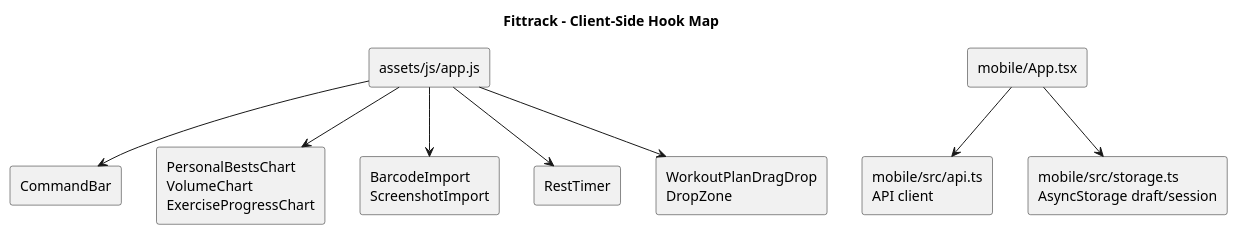
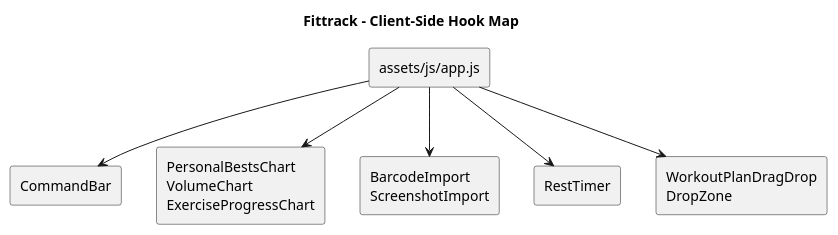
The tenth of 10 diagrams in docs/diagrams/ARCHITECTURE.puml (Ryner88/fittrack), drawn with PlantUML before and after one commit. The commit also changed other lines of this file and 39 other files, not shown here.

First line of the commit message:
Revert "Merge pull request #19 from Ryner88/mobile-api-expo-integration"

```diff
--- a/docs/diagrams/ARCHITECTURE.puml
+++ b/docs/diagrams/ARCHITECTURE.puml
@@ -887,24 +722,19 @@
 @startuml Fittrack_Client_Hooks
 title Fittrack - Client-Side Hook Map
 
 skinparam componentStyle rectangle
 skinparam shadowing false
 
 component "assets/js/app.js" as AppJS
-component "mobile/App.tsx" as MobileApp
 component "CommandBar" as CommandBar
 component "PersonalBestsChart\nVolumeChart\nExerciseProgressChart" as Charts
 component "BarcodeImport\nScreenshotImport" as ImportHooks
 component "RestTimer" as RestTimer
 component "WorkoutPlanDragDrop\nDropZone" as DragDrop
-component "mobile/src/api.ts\nAPI client" as MobileAPI
-component "mobile/src/storage.ts\nAsyncStorage draft/session" as MobileStorage
 
 AppJS --> CommandBar
 AppJS --> Charts
 AppJS --> ImportHooks
 AppJS --> RestTimer
 AppJS --> DragDrop
-MobileApp --> MobileAPI
-MobileApp --> MobileStorage
 @enduml
```
